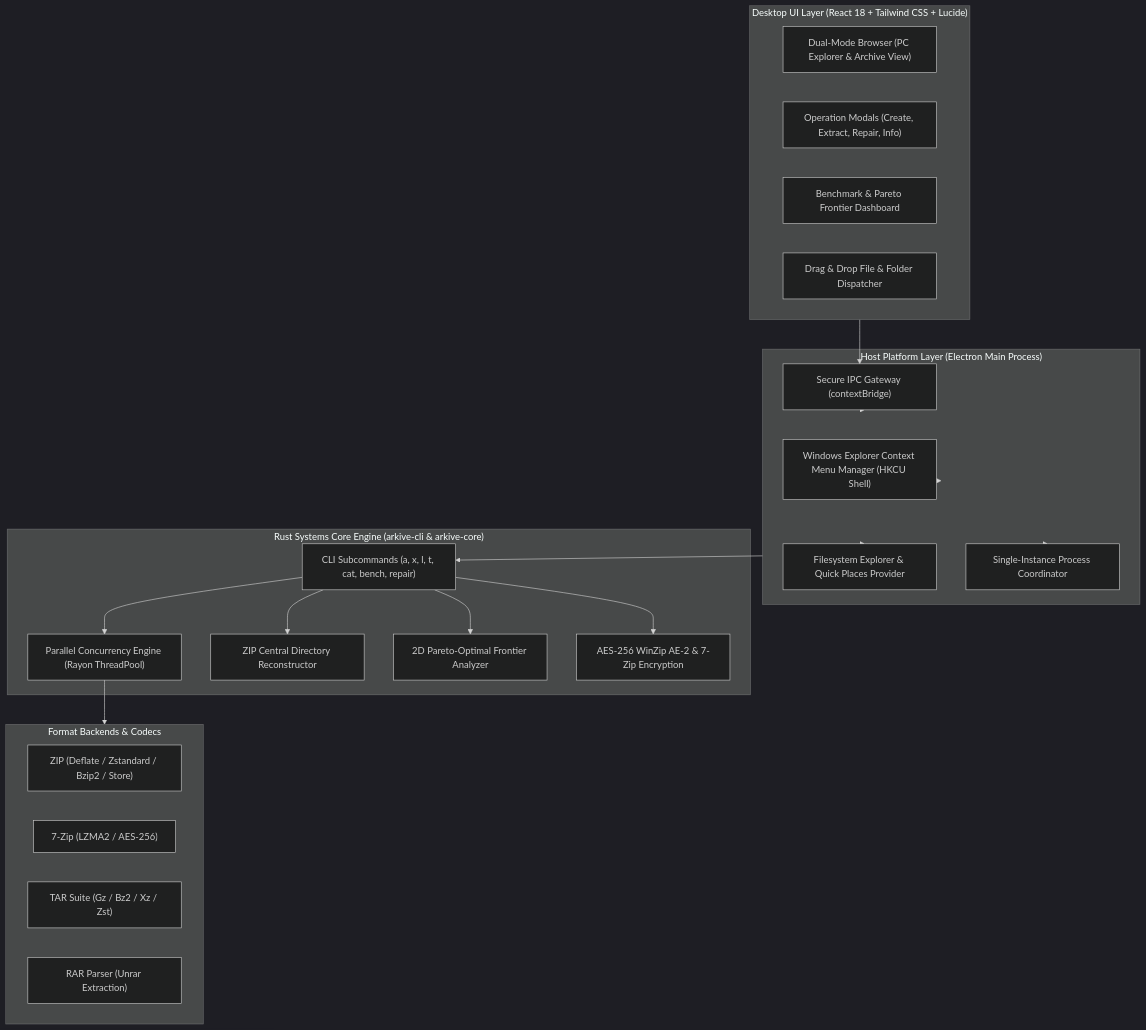
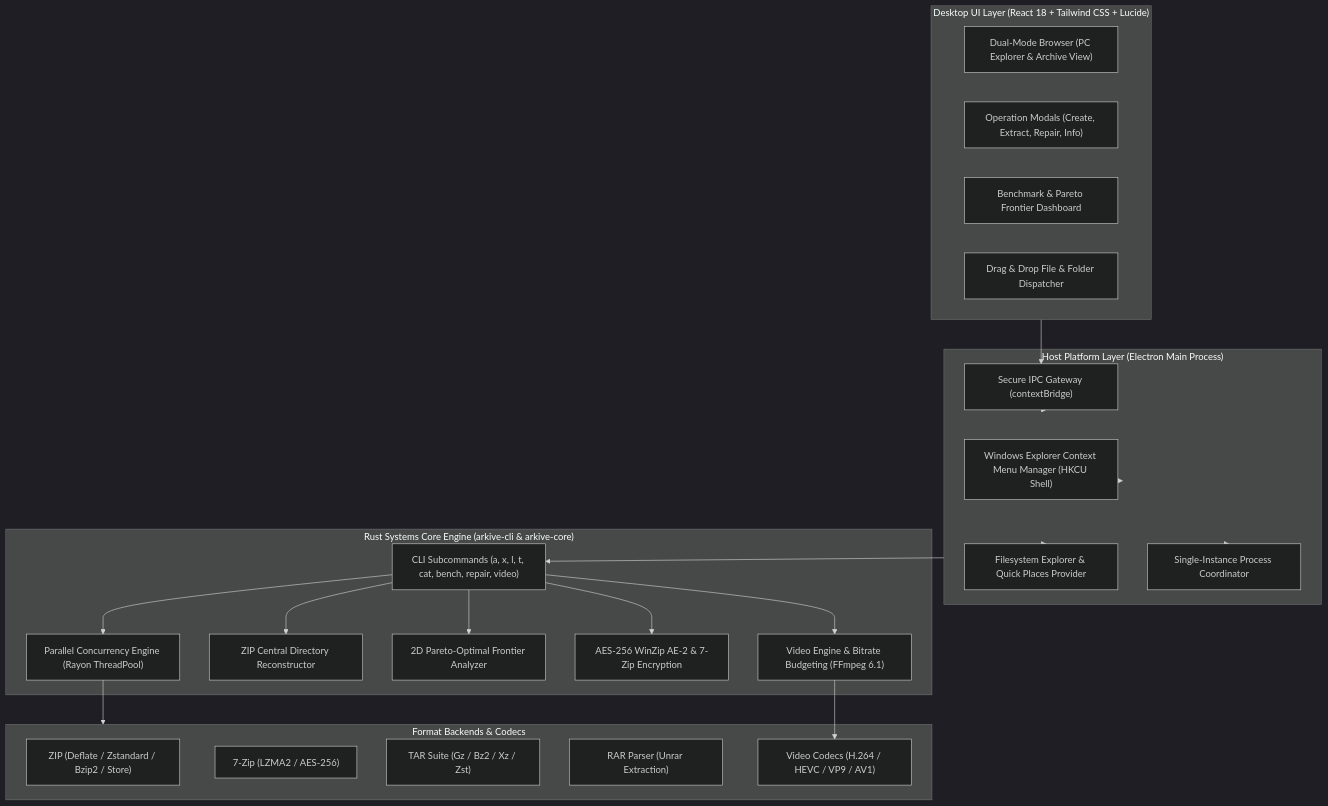
The diagram in README.md (Zeinboulo/arkive), drawn with Mermaid (dark theme) before and after one commit. The commit also changed other lines of this file and 13 other files, not shown here.

Commit message:
feat(video): add video compression and transcoding engine with embedded FFmpeg

````diff
--- a/README.md
+++ b/README.md
@@ -17,43 +17,47 @@
 ```mermaid
 flowchart TD
     subgraph UI ["Desktop UI Layer (React 18 + Tailwind CSS + Lucide)"]
         UI_Browser["Dual-Mode Browser (PC Explorer & Archive View)"]
         UI_Modals["Operation Modals (Create, Extract, Repair, Info)"]
         UI_Bench["Benchmark & Pareto Frontier Dashboard"]
         UI_DnD["Drag & Drop File & Folder Dispatcher"]
     end
 
     subgraph Host ["Host Platform Layer (Electron Main Process)"]
         Host_IPC["Secure IPC Gateway (contextBridge)"]
         Host_Shell["Windows Explorer Context Menu Manager (HKCU Shell)"]
         Host_FS["Filesystem Explorer & Quick Places Provider"]
         Host_Lock["Single-Instance Process Coordinator"]
     end
 
     subgraph Engine ["Rust Systems Core Engine (arkive-cli & arkive-core)"]
-        CLI["CLI Subcommands (a, x, l, t, cat, bench, repair)"]
+        CLI["CLI Subcommands (a, x, l, t, cat, bench, repair, video)"]
         Core_Con["Parallel Concurrency Engine (Rayon ThreadPool)"]
         Core_Repair["ZIP Central Directory Reconstructor"]
         Core_Pareto["2D Pareto-Optimal Frontier Analyzer"]
         Core_Crypto["AES-256 WinZip AE-2 & 7-Zip Encryption"]
+        Core_Video["Video Engine & Bitrate Budgeting (FFmpeg 6.1)"]
     end
 
     subgraph Codecs ["Format Backends & Codecs"]
         FMT_Zip["ZIP (Deflate / Zstandard / Bzip2 / Store)"]
         FMT_7z["7-Zip (LZMA2 / AES-256)"]
         FMT_Tar["TAR Suite (Gz / Bz2 / Xz / Zst)"]
         FMT_Rar["RAR Parser (Unrar Extraction)"]
+        FMT_Vid["Video Codecs (H.264 / HEVC / VP9 / AV1)"]
     end
 
     UI --> Host_IPC
     Host_IPC --> Host
     Host --> Host_Lock
     Host --> Host_Shell
     Host --> Host_FS
     Host --> CLI
     CLI --> Core_Con
     CLI --> Core_Repair
     CLI --> Core_Pareto
     CLI --> Core_Crypto
+    CLI --> Core_Video
     Core_Con --> Codecs
+    Core_Video --> FMT_Vid
 ```
````
